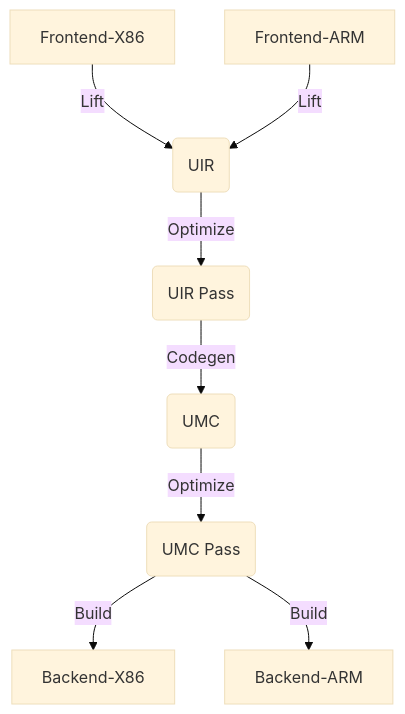
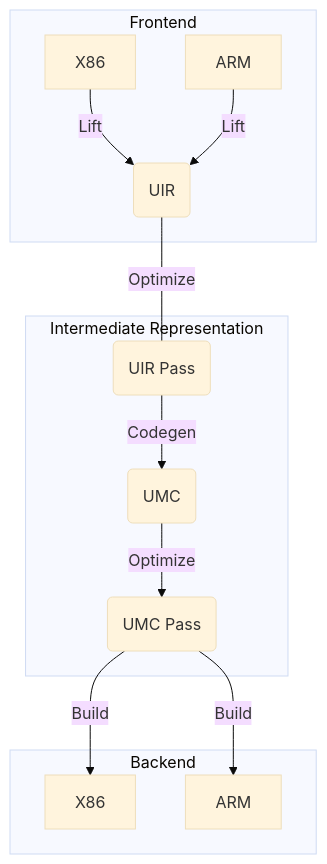
One commit to NewWorldComingSoon/UnknownRebuilder changed the diagram in README.md. Above: the diagram before and after it, drawn with Mermaid (base theme).

````diff
--- a/README.md
+++ b/README.md
@@ -8,10 +8,20 @@
 ```mermaid
-flowchart TB
-A1[Frontend-X86] -->|Lift| B(UIR)
-A2[Frontend-ARM] -->|Lift| B(UIR)
-B -->|Optimize| C(UIR Pass)
+graph TB
+
+subgraph Frontend
+A1[X86] -->|Lift| B(UIR)
+A2[ARM] -->|Lift| B(UIR)
+end
+
+subgraph Intermediate Representation
+B ---|Optimize| C(UIR Pass)
 C -->|Codegen| D(UMC)
 D -->|Optimize| E(UMC Pass)
-E -->|Build| F1[Backend-X86]
-E -->|Build| F2[Backend-ARM]
+end
+
+subgraph Backend
+E -->|Build| F1[X86]
+E -->|Build| F2[ARM]
+end
+
 ```
````
